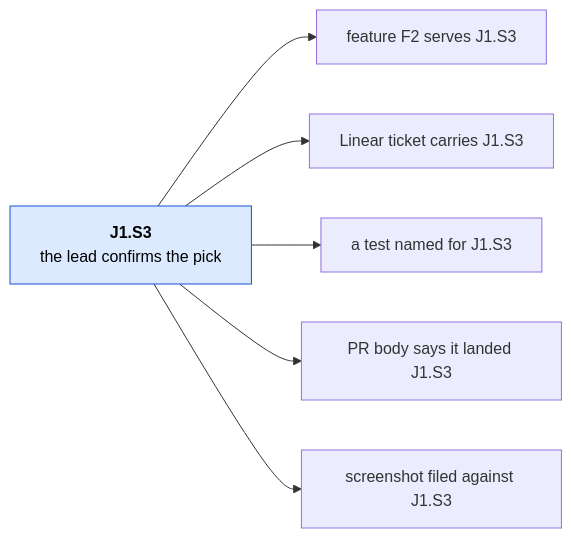
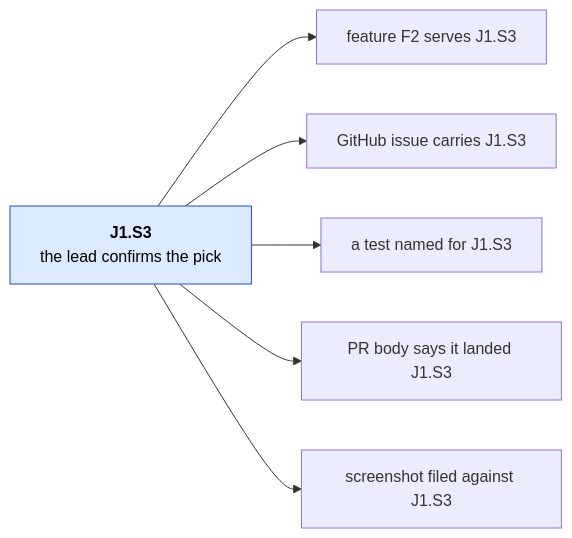
One commit to hivinaynair/vipernxt changed the second of 3 diagrams in README.md. Above: the diagram before and after it, drawn with Mermaid. The commit also changed other lines of this file and 18 other files, not shown here.

````diff
--- a/README.md
+++ b/README.md
@@ -159,11 +159,11 @@
 ```mermaid
 flowchart LR
     S["<b>J1.S3</b><br/>the lead confirms the pick"]
     S --> F["feature F2 serves J1.S3"]
-    S --> T["Linear ticket carries J1.S3"]
+    S --> T["GitHub issue carries J1.S3"]
     S --> E["a test named for J1.S3"]
     S --> P["PR body says it landed J1.S3"]
     S --> SC["screenshot filed against J1.S3"]
 
     style S fill:#dbeafe,stroke:#1d4ed8,color:#000
 ```
````
